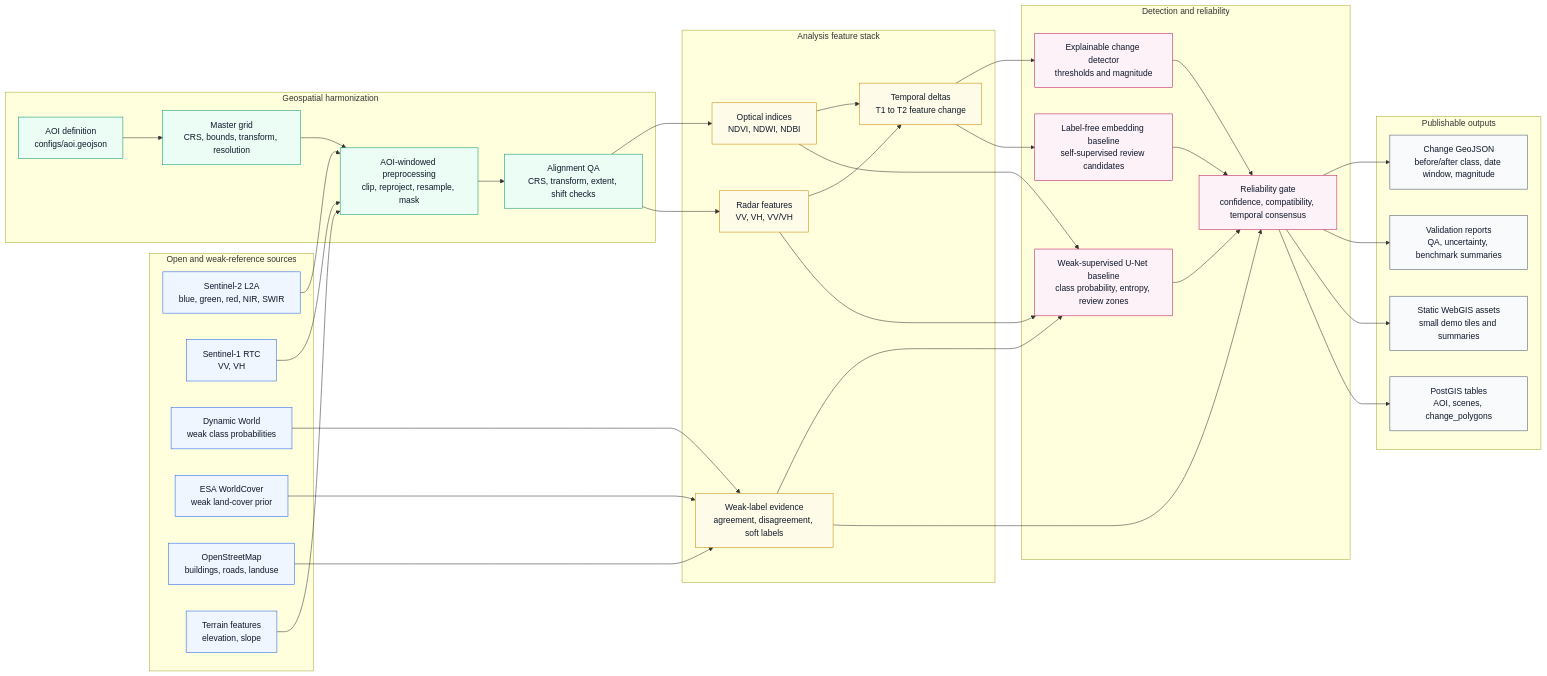
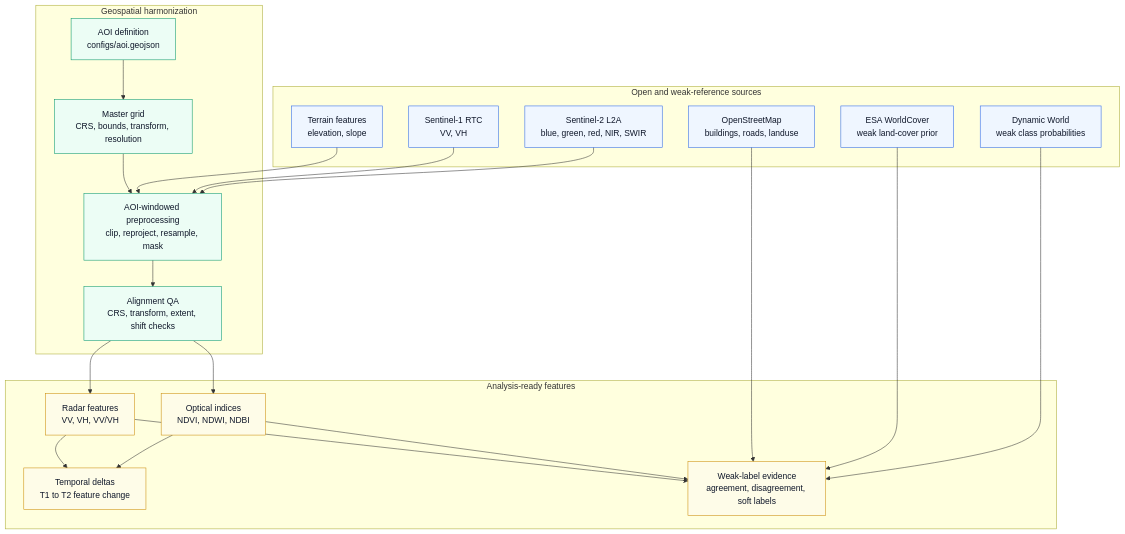
The second of 4 diagrams in docs/ARCHITECTURE.md (Nkusial/LCC_Monitor_RwaKig), drawn with Mermaid before and after one commit. The commit also changed other lines of this file, not shown here.

Commit message:
Improve architecture diagram readability

````diff
--- a/docs/ARCHITECTURE.md
+++ b/docs/ARCHITECTURE.md
@@ -51,78 +58,49 @@
 ```mermaid
-flowchart LR
+flowchart TB
     subgraph sources["Open and weak-reference sources"]
         s2["Sentinel-2 L2A<br/>blue, green, red, NIR, SWIR"]
         s1["Sentinel-1 RTC<br/>VV, VH"]
         dw["Dynamic World<br/>weak class probabilities"]
         esa["ESA WorldCover<br/>weak land-cover prior"]
         osm["OpenStreetMap<br/>buildings, roads, landuse"]
         dem["Terrain features<br/>elevation, slope"]
     end
 
     subgraph harmonize["Geospatial harmonization"]
         aoi["AOI definition<br/>configs/aoi.geojson"]
         grid["Master grid<br/>CRS, bounds, transform, resolution"]
         preprocess["AOI-windowed preprocessing<br/>clip, reproject, resample, mask"]
         qa["Alignment QA<br/>CRS, transform, extent, shift checks"]
     end
 
-    subgraph features["Analysis feature stack"]
+    subgraph features["Analysis-ready features"]
         optical["Optical indices<br/>NDVI, NDWI, NDBI"]
         radar["Radar features<br/>VV, VH, VV/VH"]
         temporal["Temporal deltas<br/>T1 to T2 feature change"]
         weak["Weak-label evidence<br/>agreement, disagreement, soft labels"]
     end
 
-    subgraph models["Detection and reliability"]
-        rules["Explainable change detector<br/>thresholds and magnitude"]
-        unet["Weak-supervised U-Net baseline<br/>class probability, entropy, review zones"]
-        ssl["Label-free embedding baseline<br/>self-supervised review candidates"]
-        score["Reliability gate<br/>confidence, compatibility, temporal consensus"]
-    end
-
-    subgraph outputs["Publishable outputs"]
-        geojson["Change GeoJSON<br/>before/after class, date window, magnitude"]
-        reports["Validation reports<br/>QA, uncertainty, benchmark summaries"]
-        tiles["Static WebGIS assets<br/>small demo tiles and summaries"]
-        db["PostGIS tables<br/>AOI, scenes, change_polygons"]
-    end
-
     s2 --> preprocess
     s1 --> preprocess
-    dw --> weak
-    esa --> weak
-    osm --> weak
     dem --> preprocess
     aoi --> grid
     grid --> preprocess
     preprocess --> qa
     qa --> optical
     qa --> radar
     optical --> temporal
     radar --> temporal
-    weak --> unet
-    temporal --> rules
-    optical --> unet
-    radar --> unet
-    temporal --> ssl
-    rules --> score
-    unet --> score
-    ssl --> score
-    weak --> score
-    score --> geojson
-    score --> reports
-    score --> tiles
-    score --> db
+    dw --> weak
+    esa --> weak
+    osm --> weak
+    optical --> weak
+    radar --> weak
 
     classDef source fill:#eff6ff,stroke:#2563eb,color:#0f172a
-    classDef harmonize fill:#ecfdf5,stroke:#059669,color:#0f172a
+    classDef harmonized fill:#ecfdf5,stroke:#059669,color:#0f172a
     classDef feature fill:#fefce8,stroke:#ca8a04,color:#0f172a
-    classDef model fill:#fdf2f8,stroke:#be185d,color:#0f172a
-    classDef output fill:#f8fafc,stroke:#475569,color:#0f172a
 
     class s2,s1,dw,esa,osm,dem source
-    class aoi,grid,preprocess,qa harmonize
+    class aoi,grid,preprocess,qa harmonized
     class optical,radar,temporal,weak feature
-    class rules,unet,ssl,score model
-    class geojson,reports,tiles,db output
 ```
````
